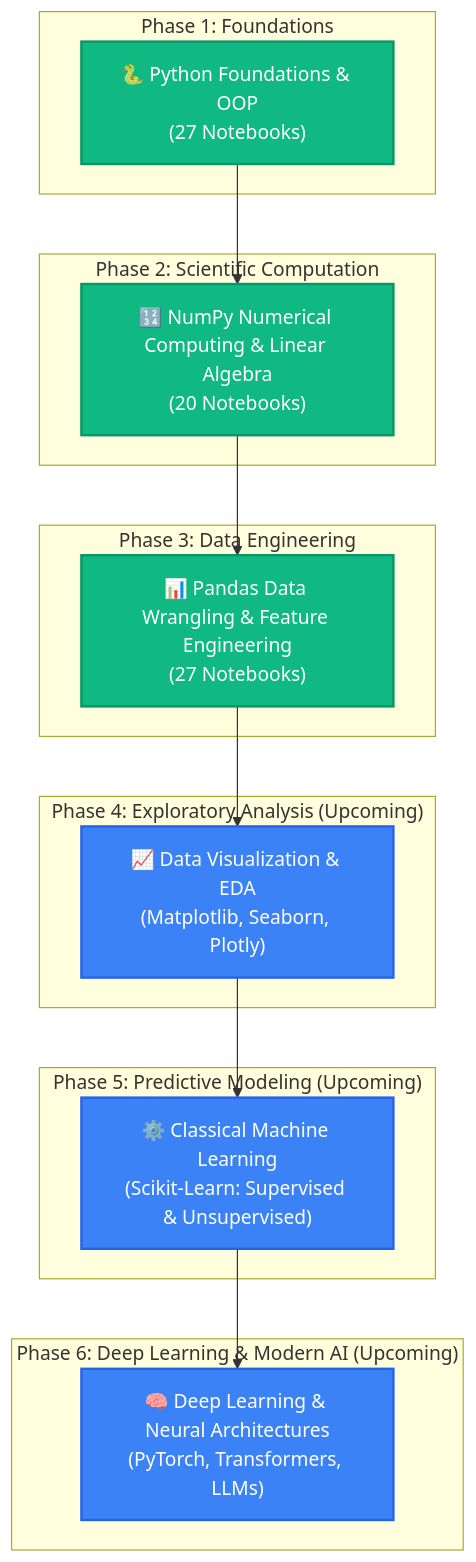
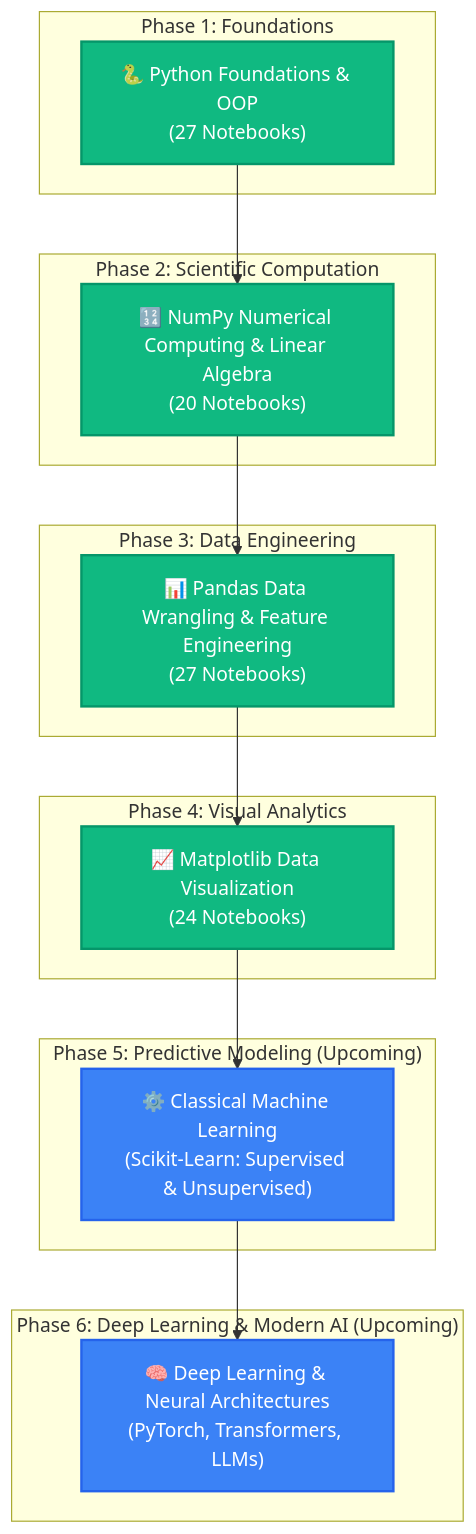
One commit to VIJAYAPANDIANT/AI-ML-Learning changed the diagram in README.md. Above: the diagram before and after it, drawn with Mermaid. The commit also changed other lines of this file and 25 other files, not shown here.

````diff
--- a/README.md
+++ b/README.md
@@ -95,37 +97,37 @@
 ```mermaid
 flowchart TD
     subgraph S1["Phase 1: Foundations"]
         A["🐍 Python Foundations & OOP<br/>(27 Notebooks)"]
     end
 
     subgraph S2["Phase 2: Scientific Computation"]
         B["🔢 NumPy Numerical Computing & Linear Algebra<br/>(20 Notebooks)"]
     end
 
     subgraph S3["Phase 3: Data Engineering"]
         C["📊 Pandas Data Wrangling & Feature Engineering<br/>(27 Notebooks)"]
     end
 
-    subgraph S4["Phase 4: Exploratory Analysis (Upcoming)"]
-        D["📈 Data Visualization & EDA<br/>(Matplotlib, Seaborn, Plotly)"]
+    subgraph S4["Phase 4: Visual Analytics"]
+        D["📈 Matplotlib Data Visualization<br/>(24 Notebooks)"]
     end
 
     subgraph S5["Phase 5: Predictive Modeling (Upcoming)"]
         E["⚙️ Classical Machine Learning<br/>(Scikit-Learn: Supervised & Unsupervised)"]
     end
 
     subgraph S6["Phase 6: Deep Learning & Modern AI (Upcoming)"]
         F["🧠 Deep Learning & Neural Architectures<br/>(PyTorch, Transformers, LLMs)"]
     end
 
     A --> B
     B --> C
     C --> D
     D --> E
     E --> F
 
     classDef completed fill:#10B981,stroke:#059669,stroke-width:2px,color:#ffffff;
     classDef upcoming fill:#3B82F6,stroke:#2563EB,stroke-width:2px,color:#ffffff;
-    class A,B,C completed;
-    class D,E,F upcoming;
+    class A,B,C,D completed;
+    class E,F upcoming;
 ```
````
